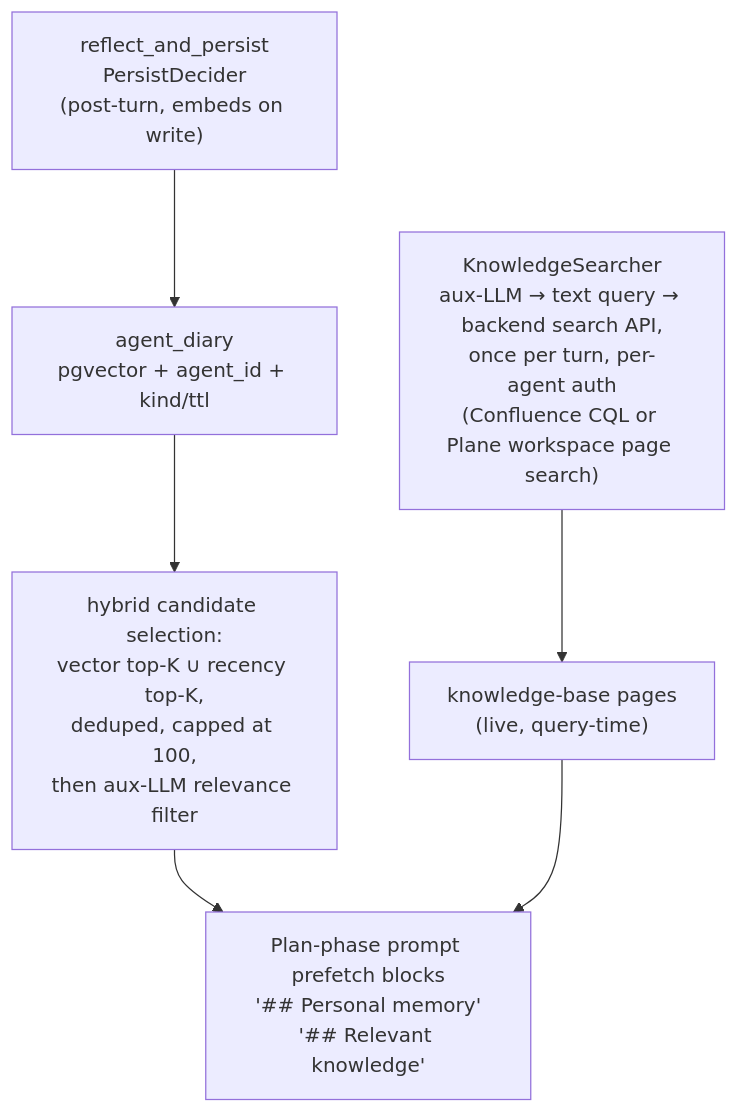
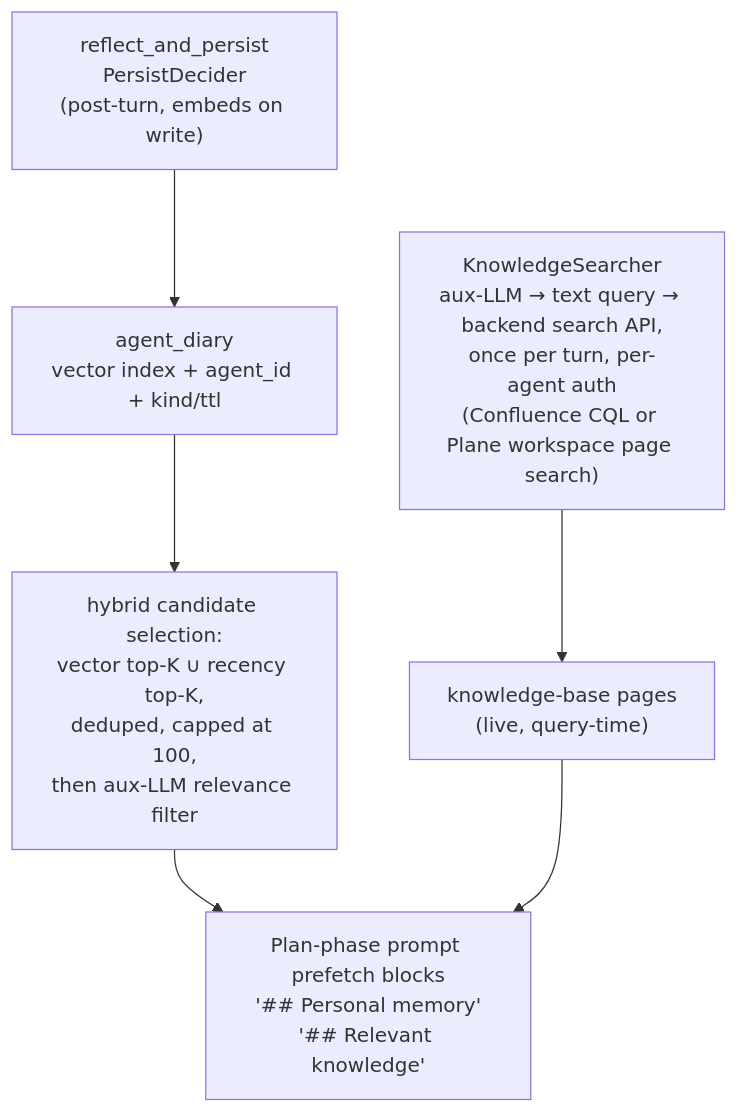
The diagram in docs/concepts/knowledge-system.md (crewlet/crewlet), drawn with Mermaid before and after one commit. The commit also changed other lines of this file and 17 other files, not shown here.

````diff
--- a/docs/concepts/knowledge-system.md
+++ b/docs/concepts/knowledge-system.md
@@ -14,11 +14,11 @@
 ```mermaid
 flowchart TD
     RP["reflect_and_persist<br/>PersistDecider<br/>(post-turn, embeds on write)"]
-    DIARY["agent_diary<br/>pgvector + agent_id + kind/ttl"]
+    DIARY["agent_diary<br/>vector index + agent_id + kind/ttl"]
     SEL["hybrid candidate selection:<br/>vector top-K ∪ recency top-K,<br/>deduped, capped at 100,<br/>then aux-LLM relevance filter"]
     PROMPT["Plan-phase prompt prefetch blocks<br/>'## Personal memory'<br/>'## Relevant knowledge'"]
     KB["knowledge-base pages<br/>(live, query-time)"]
     KS["KnowledgeSearcher<br/>aux-LLM → text query → backend search API,<br/>once per turn, per-agent auth<br/>(Confluence CQL or Plane workspace page search)"]
     RP --> DIARY --> SEL --> PROMPT
     KS --> KB --> PROMPT
 ```
````
